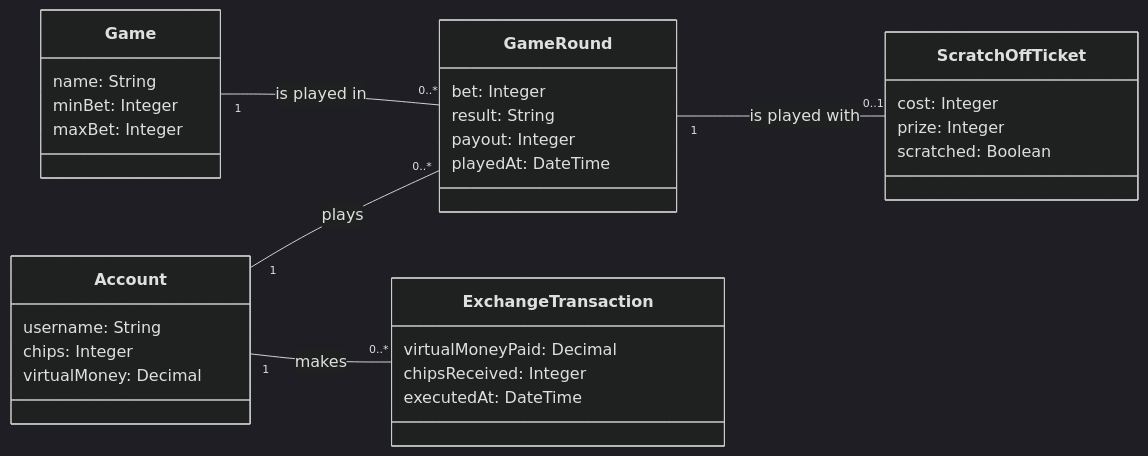
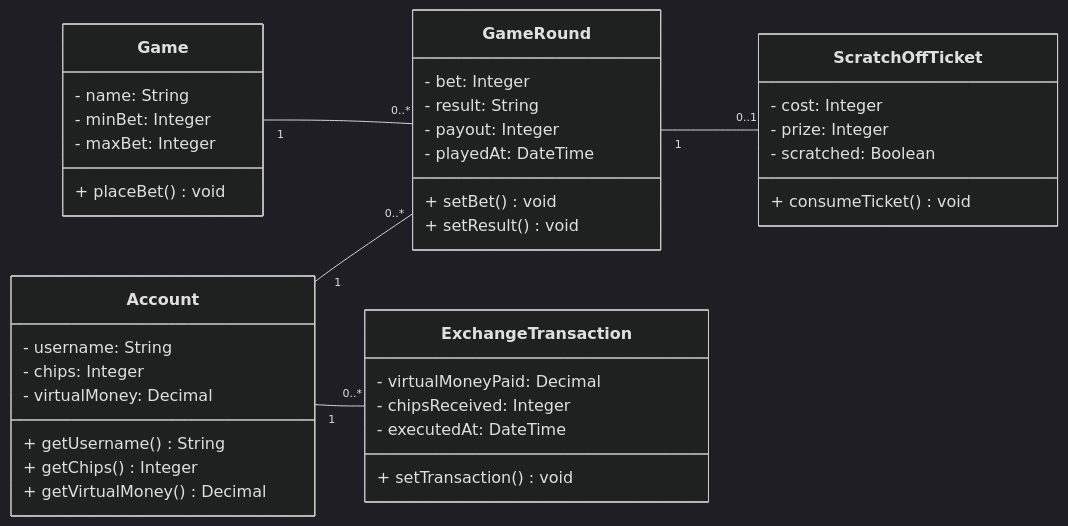
One commit to deadbeef-alo/CloverStack changed the diagram in docs/diagrams/domain-model.md. Above: the diagram before and after it, drawn with Mermaid (dark theme). The commit also changed 1 other file, not shown here.

Commit message:
corrected domain module

````diff
--- a/docs/diagrams/domain-model.md
+++ b/docs/diagrams/domain-model.md
@@ -1,36 +1,44 @@
 ```mermaid
 classDiagram
     direction LR
  
     class Account {
-        username: String
-        chips: Integer
-        virtualMoney: Decimal
+        - username: String
+        - chips: Integer
+        - virtualMoney: Decimal
+        + getUsername() String
+        + getChips() Integer
+        + getVirtualMoney() Decimal
     }
     class Game {
-        name: String
-        minBet: Integer
-        maxBet: Integer
+        - name: String
+        - minBet: Integer
+        - maxBet: Integer
+        + placeBet() void
     }
     class GameRound {
-        bet: Integer
-        result: String
-        payout: Integer
-        playedAt: DateTime
+        - bet: Integer
+        - result: String
+        - payout: Integer
+        - playedAt: DateTime
+        + setBet() void
+        + setResult() void
     }
     class ScratchOffTicket {
-        cost: Integer
-        prize: Integer
-        scratched: Boolean
+        - cost: Integer
+        - prize: Integer
+        - scratched: Boolean
+        + consumeTicket() void
     }
     class ExchangeTransaction {
-        virtualMoneyPaid: Decimal
-        chipsReceived: Integer
-        executedAt: DateTime
+        - virtualMoneyPaid: Decimal
+        - chipsReceived: Integer
+        - executedAt: DateTime
+        + setTransaction() void
     }
  
-    Account "1" -- "0..*" GameRound : plays
-    Game "1" -- "0..*" GameRound : is played in
-    GameRound "1" -- "0..1" ScratchOffTicket : is played with
-    Account "1" -- "0..*" ExchangeTransaction : makes
+    Account "1" -- "0..*" GameRound
+    Game "1" -- "0..*" GameRound
+    GameRound "1" -- "0..1" ScratchOffTicket
+    Account "1" -- "0..*" ExchangeTransaction
 ```
````
